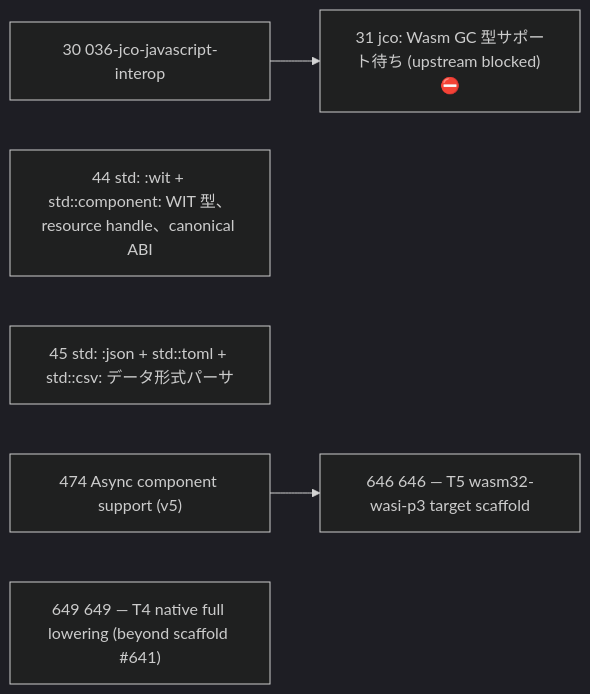
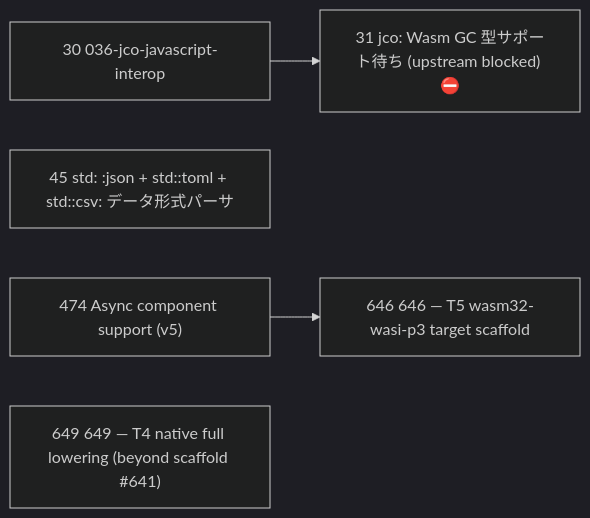
The diagram in issues/open/dependency-graph.md (wogikaze/arukellt), drawn with Mermaid (dark theme) before and after one commit. The commit also changed other lines of this file and 25 other files, not shown here.

First line of the commit message:
Close #044: std::wit and std::component stdlib slices.

````diff
--- a/issues/open/dependency-graph.md
+++ b/issues/open/dependency-graph.md
@@ -7,12 +7,11 @@
 ```mermaid
 graph LR
   I30["30 036-jco-javascript-interop"]
-  I44["44 std: ":wit + std::component: WIT 型、resource handle、canonical ABI""]
   I45["45 std: ":json + std::toml + std::csv: データ形式パーサ""]
   I474["474 Async component support (v5)"]
   I649["649 649 — T4 native full lowering (beyond scaffold #641)"]
   I646["646 646 — T5 wasm32-wasi-p3 target scaffold"]
   I31["31 jco: Wasm GC 型サポート待ち (upstream blocked) ⛔"]
   I474 --> I646
   I30 --> I31
 ```
````
